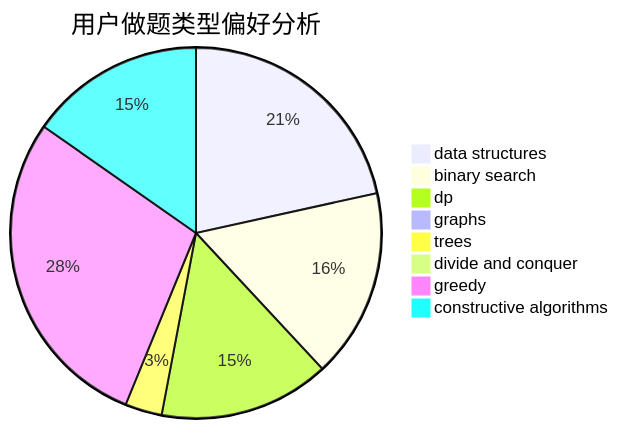
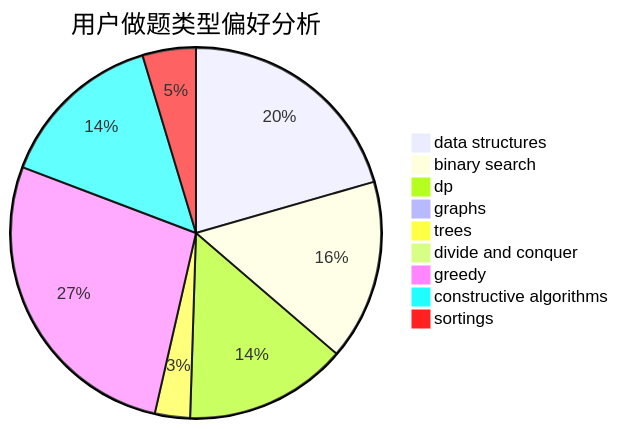
The second of 3 diagrams in docs/user/u104.md (sherpahu/cfrs.github.io), drawn with Mermaid before and after one commit. The commit also changed other lines of this file and 2769 other files, not shown here.

````diff
--- a/docs/user/u104.md
+++ b/docs/user/u104.md
@@ -23,11 +18,12 @@
 ```mermaid
 pie title 用户做题类型偏好分析
     "data structures" :  609
     "binary search" :  467
     "dp" :  421
     "graphs" :  8
     "trees" :  91
     "divide and conquer" :  9
     "greedy" :  806
     "constructive algorithms" :  432
+    "sortings" :  138
 ```
````
